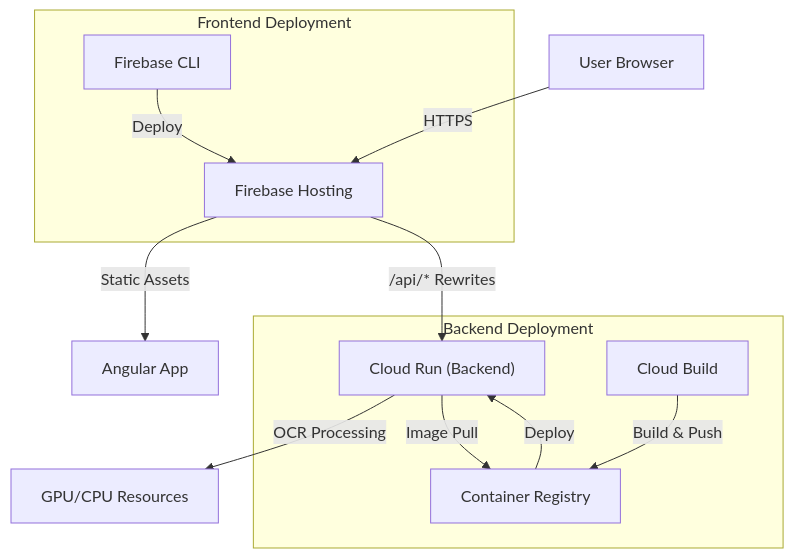
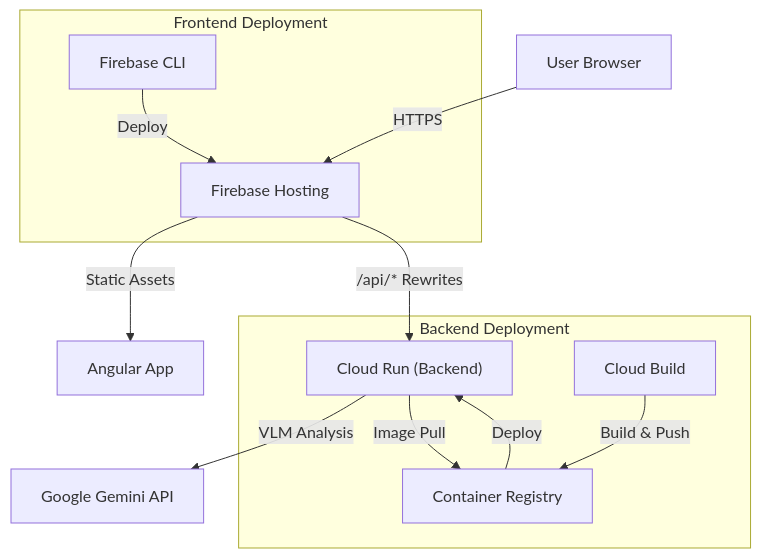
The first of 2 diagrams in README.md (roboojack/alv), drawn with Mermaid before and after one commit. The commit also changed other lines of this file and 13 other files, not shown here.

Commit message:
Refactor: Upgrade to Gemini V2, remove GPU dependencies, and optimize tests

````diff
--- a/README.md
+++ b/README.md
@@ -14,17 +19,17 @@
 ```mermaid
 graph TD
     User[User Browser] -->|HTTPS| Firebase[Firebase Hosting]
     Firebase -->|Static Assets| Angular[Angular App]
     Firebase -->|/api/* Rewrites| CloudRun["Cloud Run (Backend)"]
-    CloudRun -->|OCR Processing| GPU["GPU/CPU Resources"]
+    CloudRun -->|VLM Analysis| Gemini["Google Gemini API"]
     CloudRun -->|Image Pull| GCR[Container Registry]
     
     subgraph Backend_Workflow [Backend Deployment]
     CloudBuild[Cloud Build] -->|Build & Push| GCR
     GCR -->|Deploy| CloudRun
     end
     
     subgraph Frontend_Workflow [Frontend Deployment]
     CLI[Firebase CLI] -->|Deploy| Firebase
     end
 ```
````
